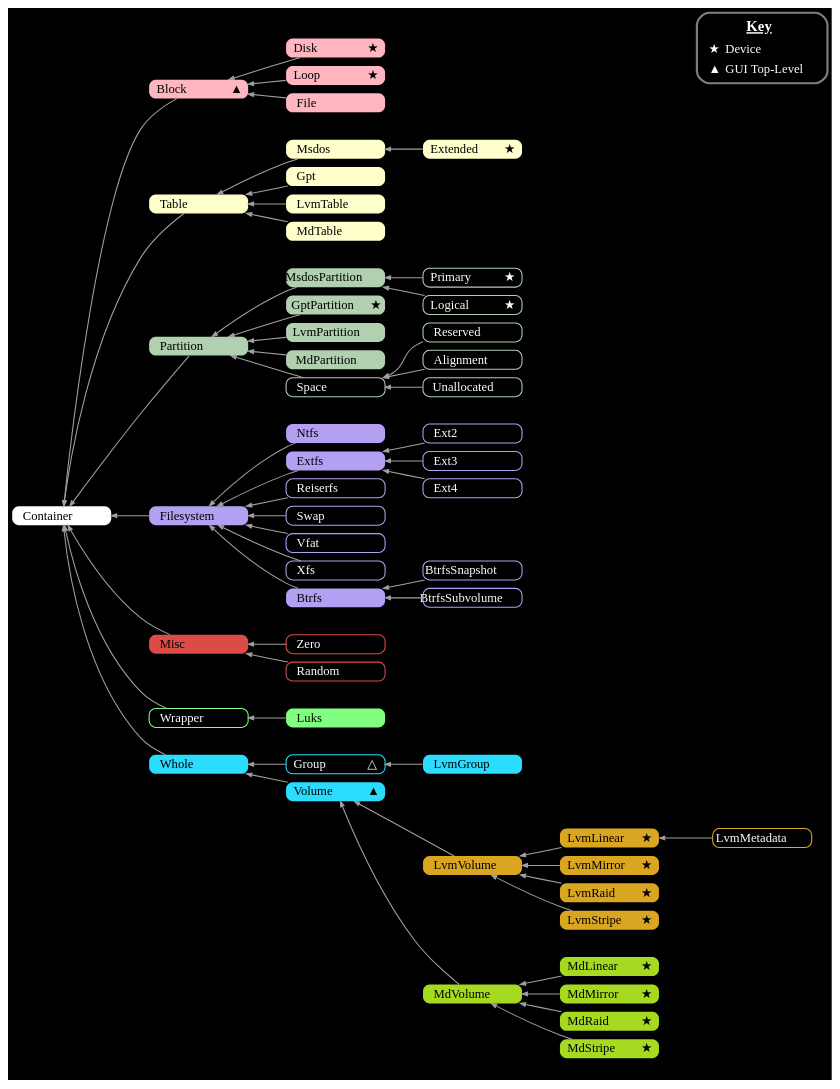
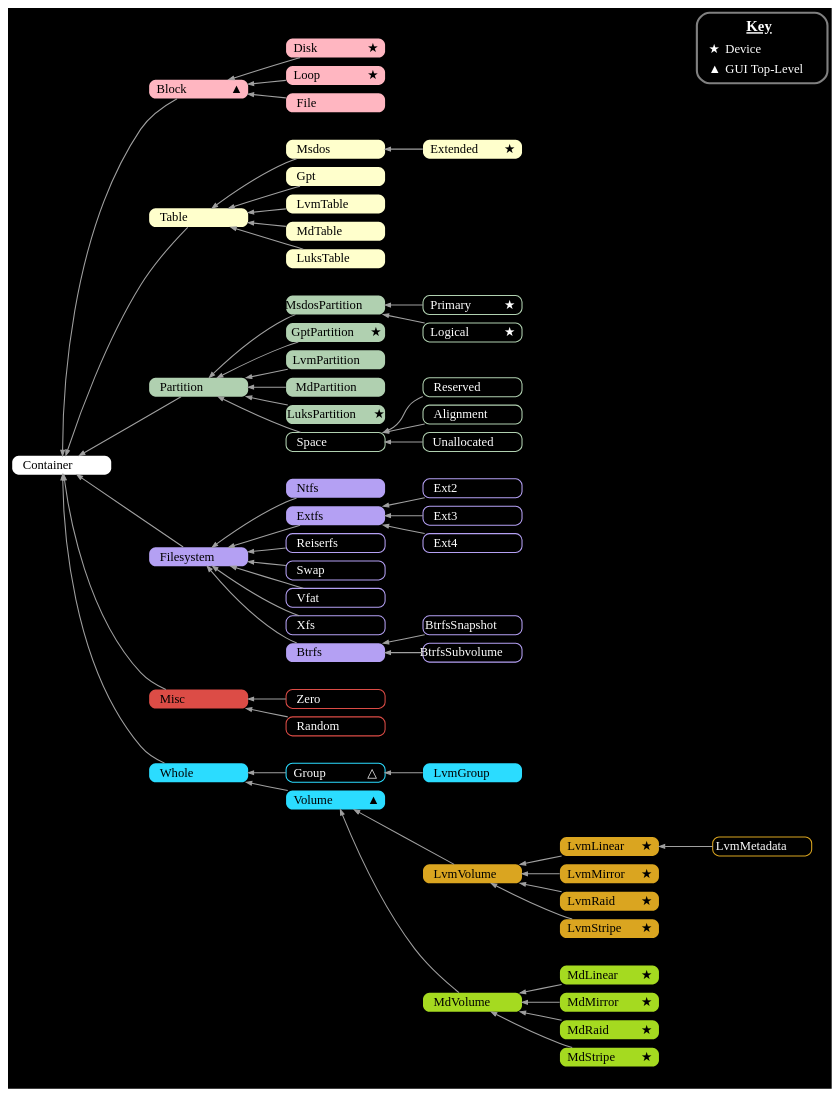
Before and after one commit to flatcap/dparted: the diagram in gfx/class_dparted.gv, drawn with Graphviz. The commit also changed 10 other files, not shown here.

```diff
--- a/gfx/class_dparted.gv
+++ b/gfx/class_dparted.gv
@@ -44,6 +44,7 @@
 	Gpt            [ fillcolor="#FFFFCC"                                    label=< <table border="0" cellspacing="0" cellpadding="0"> <tr><td width="70" align="left">Gpt</td><td>&nbsp;</td></tr> </table> > ]
 	LvmTable       [ fillcolor="#FFFFCC"                                    label=< <table border="0" cellspacing="0" cellpadding="0"> <tr><td width="70" align="left">LvmTable</td><td>&nbsp;</td></tr> </table> > ]
 	MdTable        [ fillcolor="#FFFFCC"                                    label=< <table border="0" cellspacing="0" cellpadding="0"> <tr><td width="70" align="left">MdTable</td><td>&nbsp;</td></tr> </table> > ]
+	LuksTable      [ fillcolor="#FFFFCC"                                    label=< <table border="0" cellspacing="0" cellpadding="0"> <tr><td width="70" align="left">LuksTable</td><td>&nbsp;</td></tr> </table> > ]
 
 	Partition      [ fillcolor="#B0D0B0"                                    label=< <table border="0" cellspacing="0" cellpadding="0"> <tr><td width="70" align="left">Partition</td><td>&nbsp;</td></tr> </table> > ]
 	MsdosPartition [ fillcolor="#B0D0B0"                                    label=< <table border="0" cellspacing="0" cellpadding="0"> <tr><td width="70" align="left">MsdosPartition</td><td>&nbsp;</td></tr> </table> > ]
@@ -53,6 +54,7 @@
 	GptPartition   [ fillcolor="#B0D0B0"                                    label=< <table border="0" cellspacing="0" cellpadding="0"> <tr><td width="70" align="left">GptPartition</td><td>★</td></tr> </table> > ]
 	LvmPartition   [ fillcolor="#B0D0B0"                                    label=< <table border="0" cellspacing="0" cellpadding="0"> <tr><td width="70" align="left">LvmPartition</td><td>&nbsp;</td></tr> </table> > ]
 	MdPartition    [ fillcolor="#B0D0B0"                                    label=< <table border="0" cellspacing="0" cellpadding="0"> <tr><td width="70" align="left">MdPartition</td><td>&nbsp;</td></tr> </table> > ]
+	LuksPartition  [ fillcolor="#B0D0B0"                                    label=< <table border="0" cellspacing="0" cellpadding="0"> <tr><td width="70" align="left">LuksPartition</td><td>★</td></tr> </table> > ]
 
 	Space          [ color="#B0D0B0" fontcolor=white style=solid penwidth=1 label=< <table border="0" cellspacing="0" cellpadding="0"> <tr><td width="70" align="left">Space</td><td>&nbsp;</td></tr> </table> > ]
 	Reserved       [ color="#B0D0B0" fontcolor=white style=solid penwidth=1 label=< <table border="0" cellspacing="0" cellpadding="0"> <tr><td width="70" align="left">Reserved</td><td>&nbsp;</td></tr> </table> > ]
@@ -81,10 +83,6 @@
 	Zero           [ color="#DC4C46" fontcolor=white style=solid penwidth=1 label=< <table border="0" cellspacing="0" cellpadding="0"> <tr><td width="70" align="left">Zero</td><td>&nbsp;</td></tr> </table> > ]
 	Random         [ color="#DC4C46" fontcolor=white style=solid penwidth=1 label=< <table border="0" cellspacing="0" cellpadding="0"> <tr><td width="70" align="left">Random</td><td>&nbsp;</td></tr> </table> > ]
 
-	Wrapper        [ color="#80FF80" fontcolor=white style=solid penwidth=1 label=< <table border="0" cellspacing="0" cellpadding="0"> <tr><td width="70" align="left">Wrapper</td><td>&nbsp;</td></tr> </table> > ]
-
-	Luks           [ fillcolor="#80FF80"                                    label=< <table border="0" cellspacing="0" cellpadding="0"> <tr><td width="70" align="left">Luks</td><td>&nbsp;</td></tr> </table> > ]
-
 	Volume         [ fillcolor="#2BDCFF"                                    label=< <table border="0" cellspacing="0" cellpadding="0"> <tr><td width="70" align="left">Volume</td><td>▲</td></tr> </table> > ]
 	Whole          [ fillcolor="#2BDCFF"                                    label=< <table border="0" cellspacing="0" cellpadding="0"> <tr><td width="70" align="left">Whole</td><td>&nbsp;</td></tr> </table> > ]
 	Group          [ color="#2BDCFF" fontcolor=white style=solid penwidth=1 label=< <table border="0" cellspacing="0" cellpadding="0"> <tr><td width="70" align="left">Group</td><td>△</td></tr> </table> > ]
@@ -110,7 +108,6 @@
 	Partition  -> Container;
 	Table      -> Container;
 	Whole      -> Container;
-	Wrapper    -> Container;
 
 	LvmVolume  -> Volume;
 	MdVolume   -> Volume;
@@ -124,6 +121,7 @@
 		LvmTable             -> Table;
 		MdTable              -> Table;
 		Msdos                -> Table;
+		LuksTable            -> Table;
 	}
 
 	subgraph cluster_2 {
@@ -159,6 +157,7 @@
 		GptPartition         -> Partition;
 		LvmPartition         -> Partition;
 		MdPartition          -> Partition;
+		LuksPartition        -> Partition;
 
 		Primary              -> MsdosPartition;
 		Logical              -> MsdosPartition;
@@ -206,11 +205,5 @@
 		Key                  -> Disk [style=invis];
 	}
 
-	subgraph cluster_9 {
-		color=transparent;
-
-		Luks                 -> Wrapper;
-	}
-
 	{ rank=same Key LvmMetadata }
 }
```
